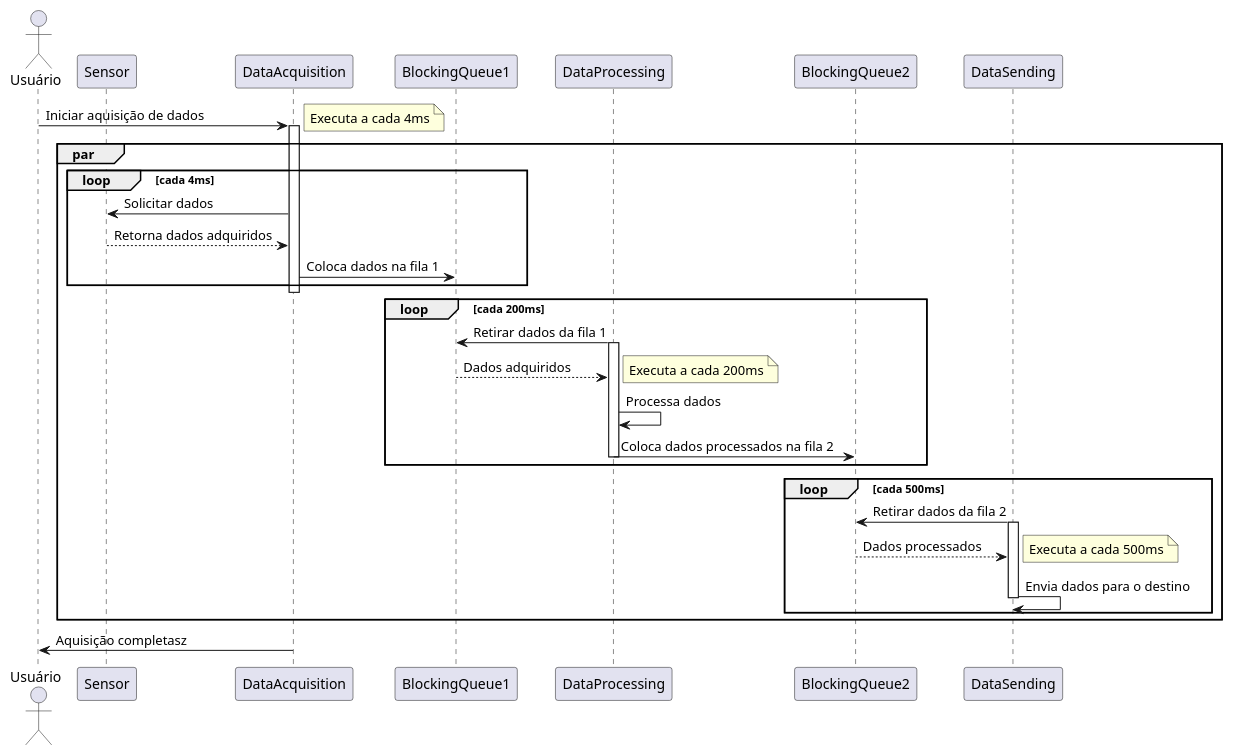
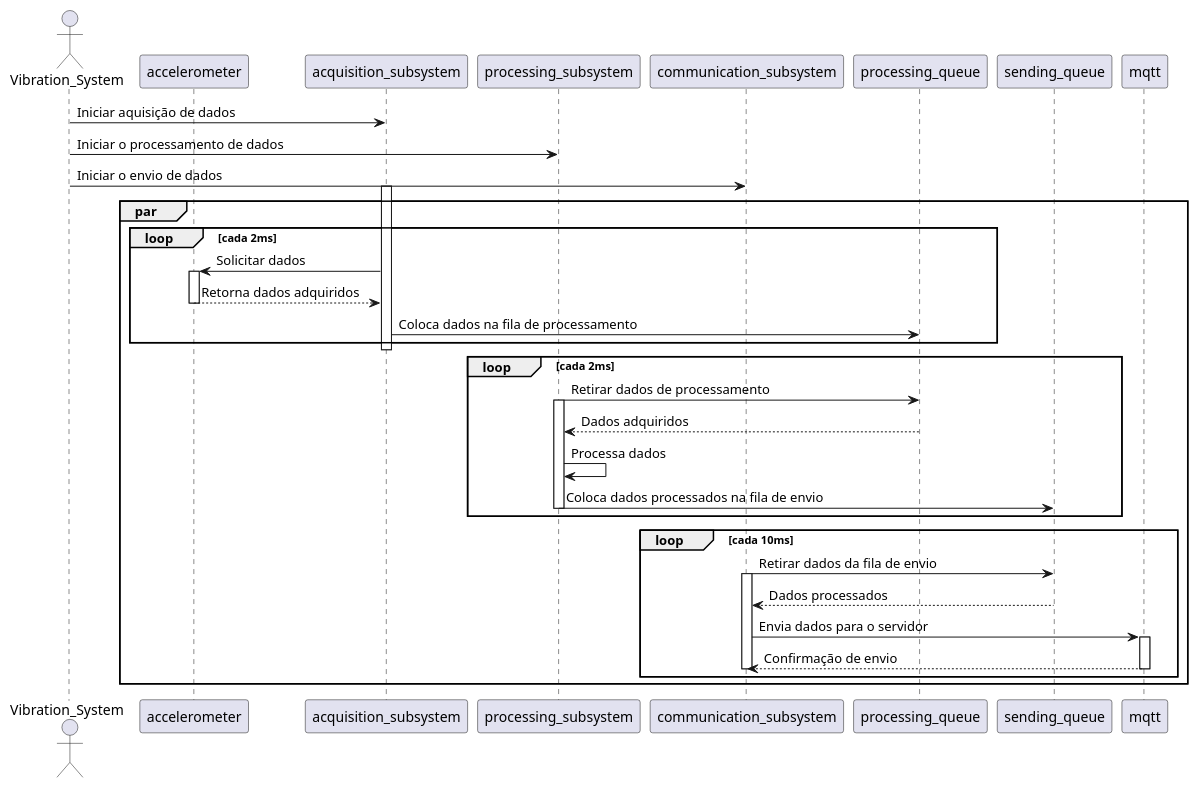
The diagram in diagramas/Sequence.pu (PHM-araujo/Vibration_Sensor), drawn with PlantUML before and after one commit. The commit also changed 2 other files, not shown here.

```diff
--- a/diagramas/Sequence.pu
+++ b/diagramas/Sequence.pu
@@ -1,38 +1,38 @@
 @startuml Diagrama de sequência
-actor Usuário
-participant Sensor
+actor Vibration_System
+participant accelerometer
 
-Usuário -> DataAcquisition: Iniciar aquisição de dados
-activate DataAcquisition
-note right: Executa a cada 4ms
-
+Vibration_System -> acquisition_subsystem: Iniciar aquisição de dados
+Vibration_System -> processing_subsystem: Iniciar o processamento de dados
+Vibration_System -> communication_subsystem: Iniciar o envio de dados
+activate acquisition_subsystem
 par
-loop cada 4ms
-    DataAcquisition -> Sensor: Solicitar dados
-    Sensor --> DataAcquisition: Retorna dados adquiridos
-    DataAcquisition -> BlockingQueue1: Coloca dados na fila 1
+loop cada 2ms
+    acquisition_subsystem -> accelerometer: Solicitar dados
+    activate accelerometer
+    accelerometer --> acquisition_subsystem: Retorna dados adquiridos
+    deactivate accelerometer    
+    acquisition_subsystem -> processing_queue: Coloca dados na fila de processamento
 end
-deactivate DataAcquisition
-
-    loop cada 200ms
-        DataProcessing -> BlockingQueue1: Retirar dados da fila 1
-        activate DataProcessing
-        BlockingQueue1 --> DataProcessing: Dados adquiridos
-        note right: Executa a cada 200ms
-        DataProcessing -> DataProcessing: Processa dados
-        DataProcessing -> BlockingQueue2: Coloca dados processados na fila 2
-        deactivate DataProcessing
+deactivate acquisition_subsystem
+    loop cada 2ms
+        processing_subsystem -> processing_queue: Retirar dados de processamento
+        activate processing_subsystem
+        processing_queue --> processing_subsystem: Dados adquiridos
+        processing_subsystem -> processing_subsystem: Processa dados
+        processing_subsystem -> sending_queue: Coloca dados processados na fila de envio
+        deactivate processing_subsystem
     end
 
-    loop cada 500ms
-        DataSending -> BlockingQueue2: Retirar dados da fila 2
-        activate DataSending
-        BlockingQueue2 --> DataSending: Dados processados
-        note right: Executa a cada 500ms
-        DataSending -> DataSending: Envia dados para o destino
-        deactivate DataSending
+    loop cada 10ms
+        communication_subsystem -> sending_queue: Retirar dados da fila de envio
+        activate communication_subsystem
+        sending_queue --> communication_subsystem: Dados processados
+        communication_subsystem -> mqtt: Envia dados para o servidor
+        activate mqtt
+        mqtt --> communication_subsystem: Confirmação de envio
+        deactivate mqtt
+        deactivate communication_subsystem
     end
 end
-
-Usuário <- DataAcquisition: Aquisição completasz
 @enduml
```
